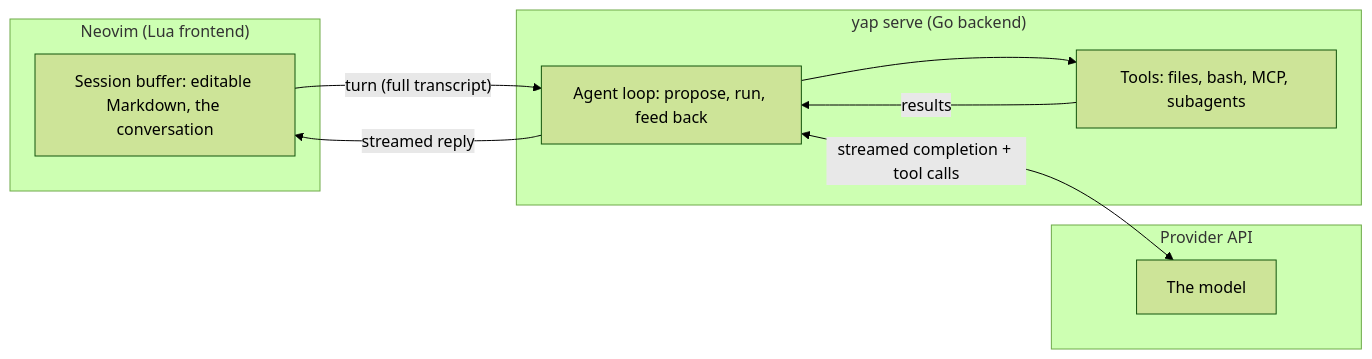
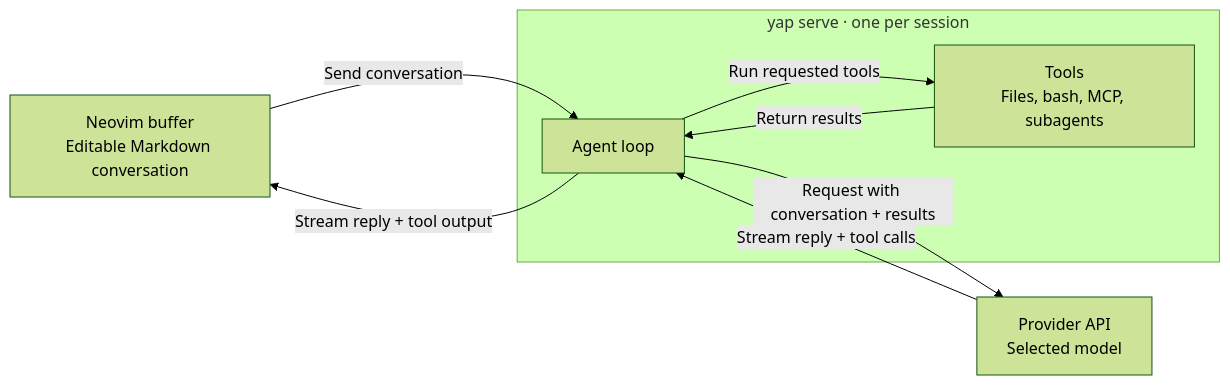
One commit to noisesfromspace/yap changed the diagram in README.md. Above: the diagram before and after it, drawn with Mermaid (forest theme). The commit also changed other lines of this file and 1 other file, not shown here.

````diff
--- a/README.md
+++ b/README.md
@@ -68,18 +185,15 @@
 ```mermaid
 flowchart LR
-    subgraph FE["Neovim (Lua frontend)"]
-        A["Session buffer: editable Markdown, the conversation"]
+    A["Neovim buffer<br/>Editable Markdown conversation"]
+    subgraph Backend["yap serve · one per session"]
+        B["Agent loop"]
+        C["Tools<br/>Files, bash, MCP, subagents"]
     end
-    subgraph BE["yap serve (Go backend)"]
-        B["Agent loop: propose, run, feed back"]
-        C["Tools: files, bash, MCP, subagents"]
-    end
-    subgraph P["Provider API"]
-        D["The model"]
-    end
-    A -->|"turn (full transcript)"| B
-    B <-->|"streamed completion + tool calls"| D
-    B --> C
-    C -->|"results"| B
-    B -->|"streamed reply"| A
+    D["Provider API<br/>Selected model"]
+    A -->|"Send conversation"| B
+    B -->|"Request with conversation + results"| D
+    D -->|"Stream reply + tool calls"| B
+    B -->|"Run requested tools"| C
+    C -->|"Return results"| B
+    B -->|"Stream reply + tool output"| A
 ```
````
